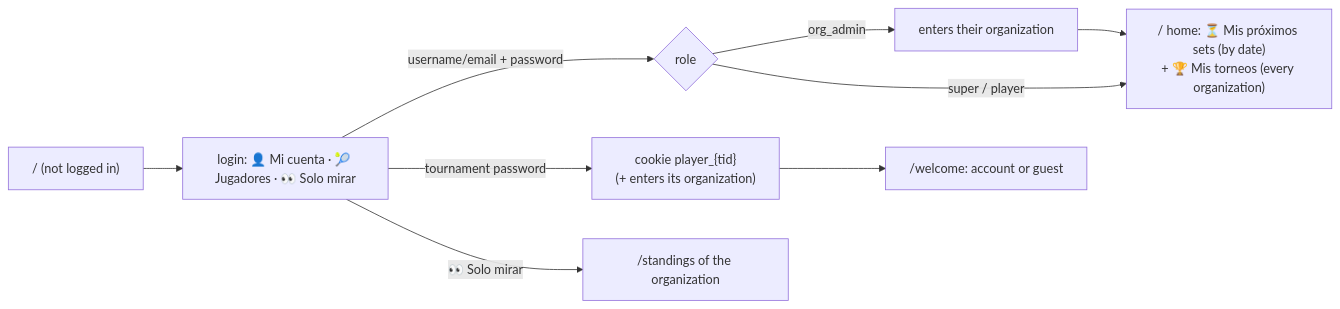
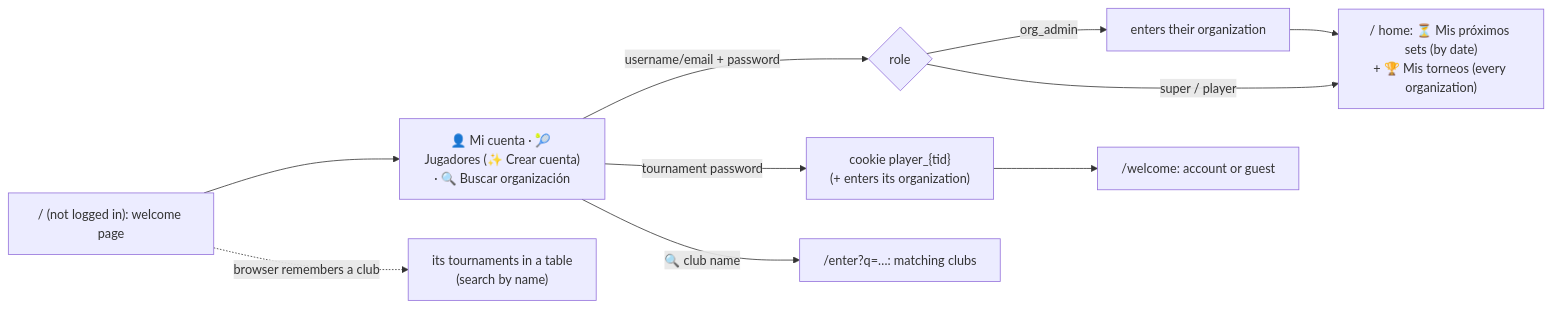
One commit to Sorrycion/PadelScore changed the first of 5 diagrams in docs/processes/USERS.md. Above: the diagram before and after it, drawn with Mermaid. The commit also changed other lines of this file and 12 other files, not shown here.

First line of the commit message:
👋 Welcome page: log in, create an account or search a club, no organization shown

````diff
--- a/docs/processes/USERS.md
+++ b/docs/processes/USERS.md
@@ -18,9 +18,10 @@
 ```mermaid
 flowchart LR
-    R["/ (not logged in)"] --> L["login: 👤 Mi cuenta · 🎾 Jugadores · 👀 Solo mirar"]
+    R["/ (not logged in): welcome page"] --> L["👤 Mi cuenta · 🎾 Jugadores (✨ Crear cuenta)<br/>· 🔍 Buscar organización"]
     L -- username/email + password --> U{role}
     U -- org_admin --> O["enters their organization"] --> H
     U -- "super / player" --> H["/ home: ⏳ Mis próximos sets (by date)<br/>+ 🏆 Mis torneos (every organization)"]
     L -- tournament password --> G["cookie player_{tid}<br/>(+ enters its organization)"] --> W["/welcome: account or guest"]
-    L -- "👀 Solo mirar" --> V["/standings of the organization"]
+    L -- "🔍 club name" --> V["/enter?q=…: matching clubs"]
+    R -. "browser remembers a club" .-> T["its tournaments in a table<br/>(search by name)"]
 ```
````
